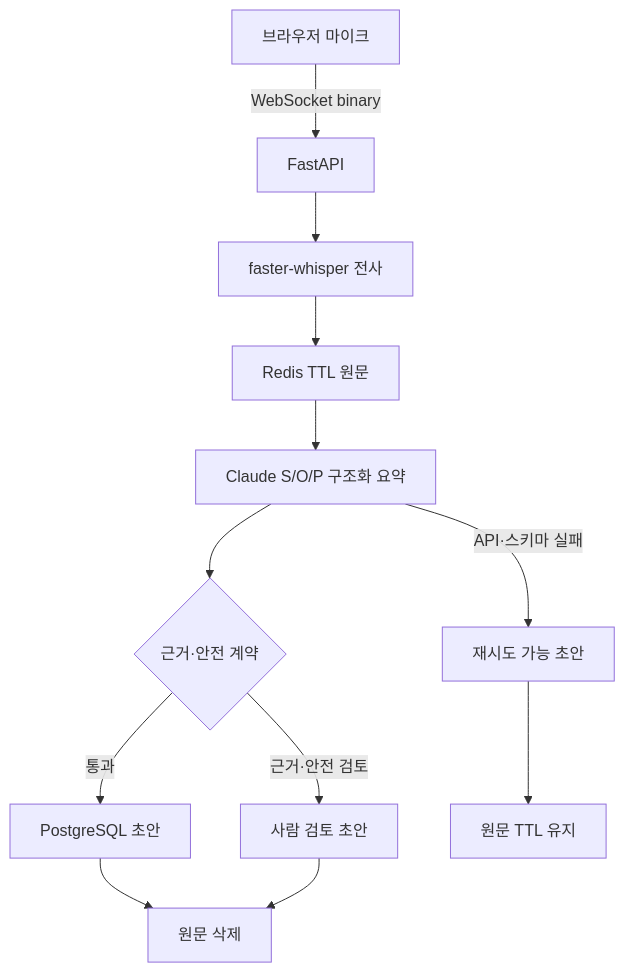
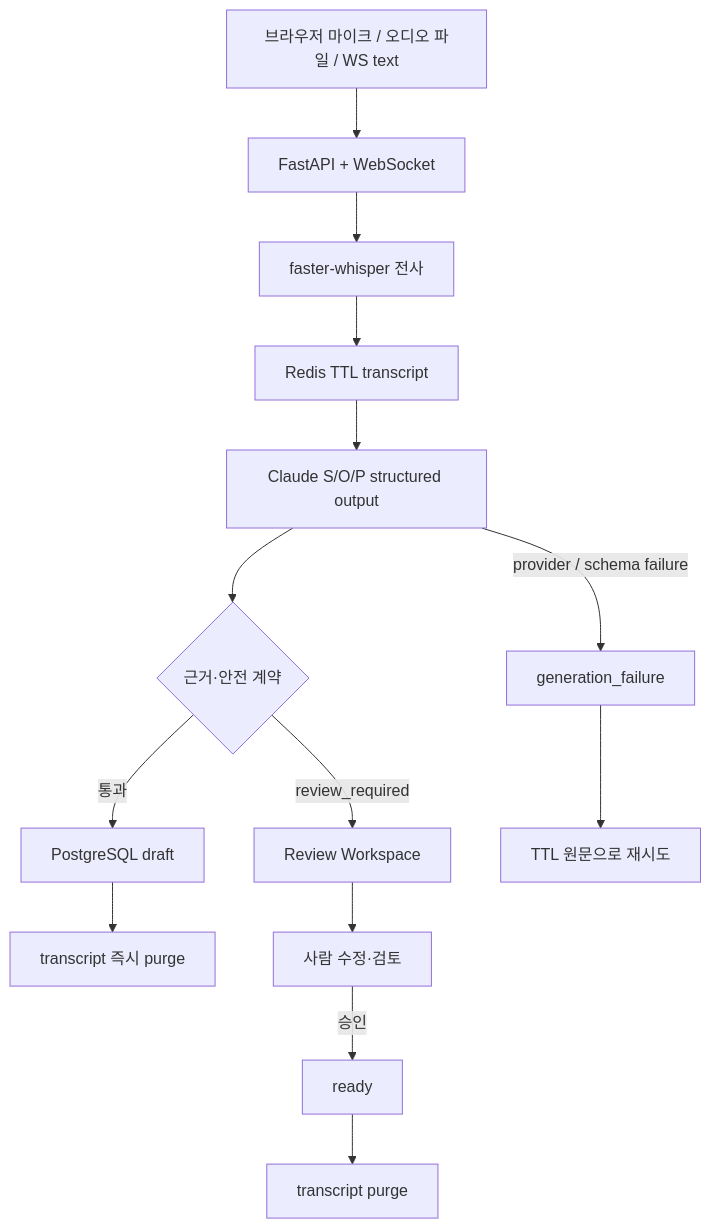
The diagram in README.md (sokldjs554/careflow-backend), drawn with Mermaid before and after one commit. The commit also changed other lines of this file and 7 other files, not shown here.

First line of the commit message:
CareFlow V2: review workspace and human-in-the-loop flow

````diff
--- a/README.md
+++ b/README.md
@@ -23,14 +40,16 @@
 ```mermaid
 flowchart TD
-    A["브라우저 마이크"] -->|"WebSocket binary"| B["FastAPI"]
-    B --> C["faster-whisper 전사"]
-    C --> D["Redis TTL 원문"]
-    D --> E["Claude S/O/P 구조화 요약"]
-    E --> F{"근거·안전 계약"}
-    F -->|"통과"| G["PostgreSQL 초안"]
-    F -->|"근거·안전 검토"| H["사람 검토 초안"]
-    E -->|"API·스키마 실패"| J["재시도 가능 초안"]
-    G --> I["원문 삭제"]
-    H --> I
-    J --> K["원문 TTL 유지"]
+    A[브라우저 마이크 / 오디오 파일 / WS text] --> B[FastAPI + WebSocket]
+    B --> C[faster-whisper 전사]
+    C --> D[Redis TTL transcript]
+    D --> E[Claude S/O/P structured output]
+    E --> F{근거·안전 계약}
+    F -->|통과| G[PostgreSQL draft]
+    G --> H[transcript 즉시 purge]
+    F -->|review_required| I[Review Workspace]
+    I --> J[사람 수정·검토]
+    J -->|승인| K[ready]
+    K --> L[transcript purge]
+    E -->|provider / schema failure| M[generation_failure]
+    M --> N[TTL 원문으로 재시도]
 ```
````
